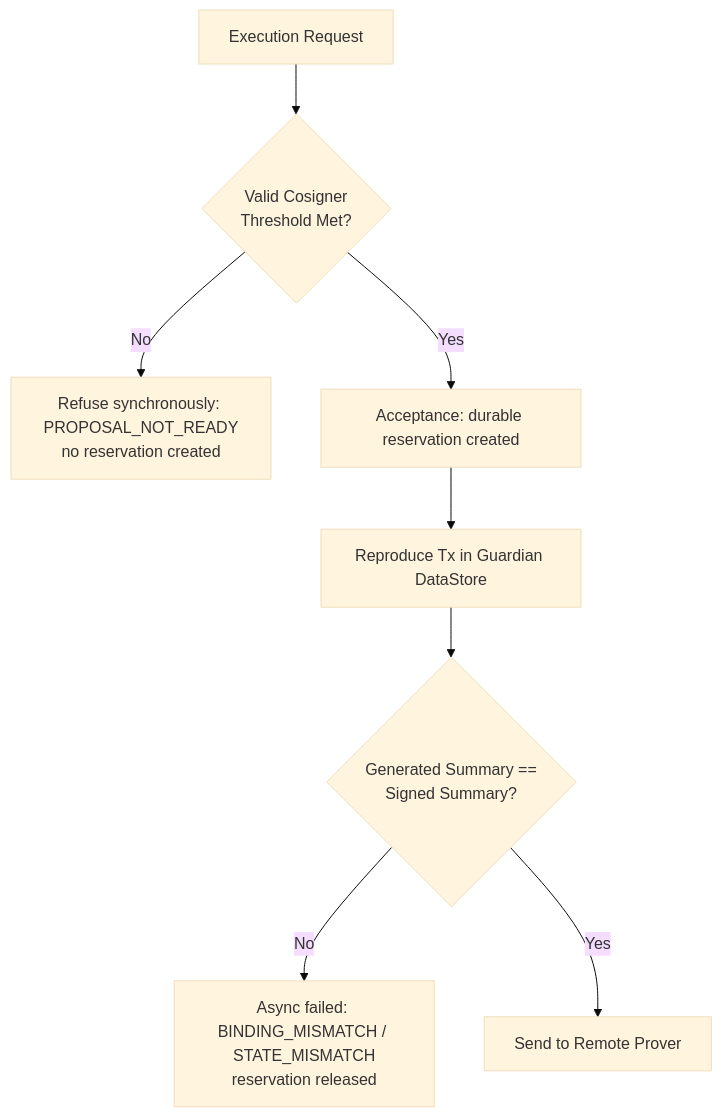
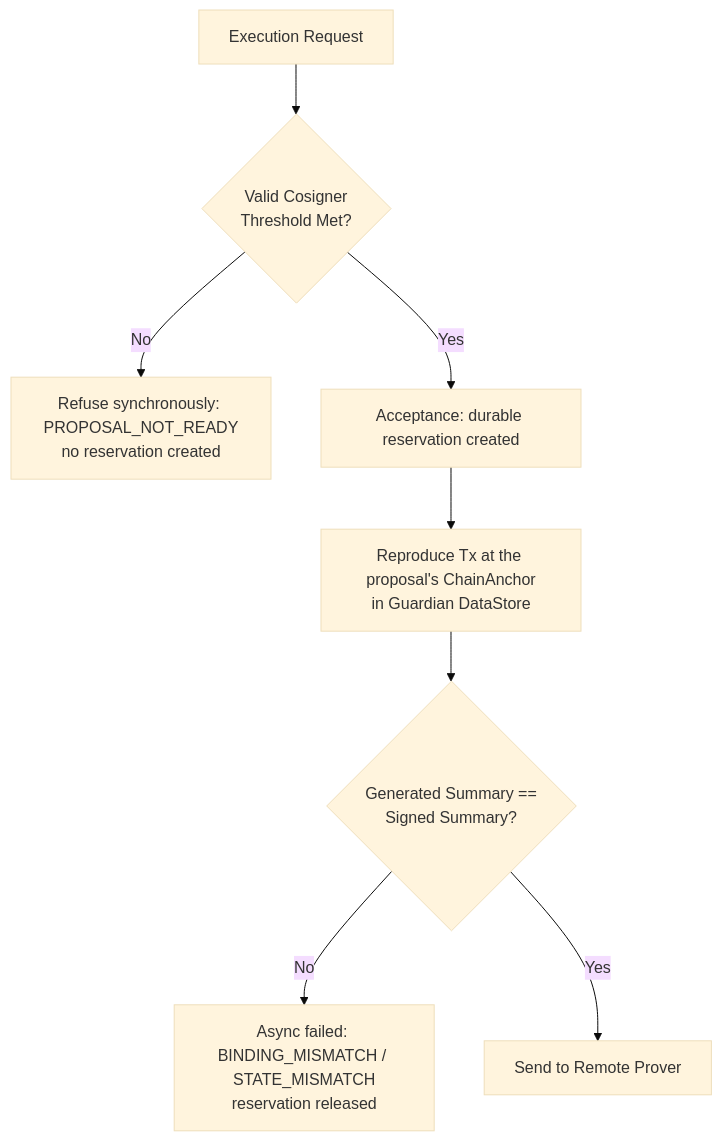
One commit to OpenZeppelin/guardian changed the sixth of 11 diagrams in docs/rfcs/0001-server-side-transaction-execution.md. Above: the diagram before and after it, drawn with Mermaid (base theme). The commit also changed other lines of this file and 9 other files, not shown here.

````diff
--- a/docs/rfcs/0001-server-side-transaction-execution.md
+++ b/docs/rfcs/0001-server-side-transaction-execution.md
@@ -234,10 +238,10 @@
 ```mermaid
 flowchart TD
   Req[Execution Request] --> ThreshCheck{Valid Cosigner<br/>Threshold Met?}
   ThreshCheck -->|No| Refuse1[Refuse synchronously: PROPOSAL_NOT_READY<br/>no reservation created]
   ThreshCheck -->|Yes| Reserve[Acceptance: durable reservation created]
-  Reserve --> Reproduce[Reproduce Tx in Guardian DataStore]
+  Reserve --> Reproduce[Reproduce Tx at the proposal's ChainAnchor<br/>in Guardian DataStore]
   Reproduce --> SummaryCheck{Generated Summary ==<br/>Signed Summary?}
   SummaryCheck -->|No| Fail[Async failed: BINDING_MISMATCH / STATE_MISMATCH<br/>reservation released]
   SummaryCheck -->|Yes| RemoteProve[Send to Remote Prover]
 ```
````
